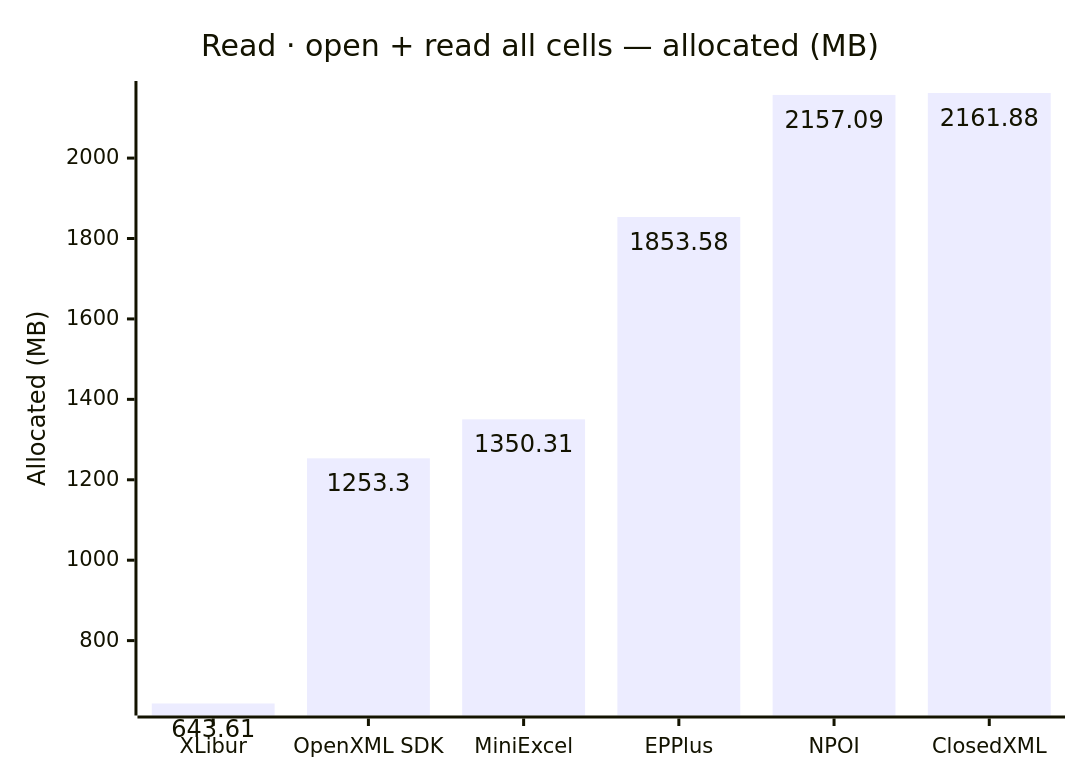
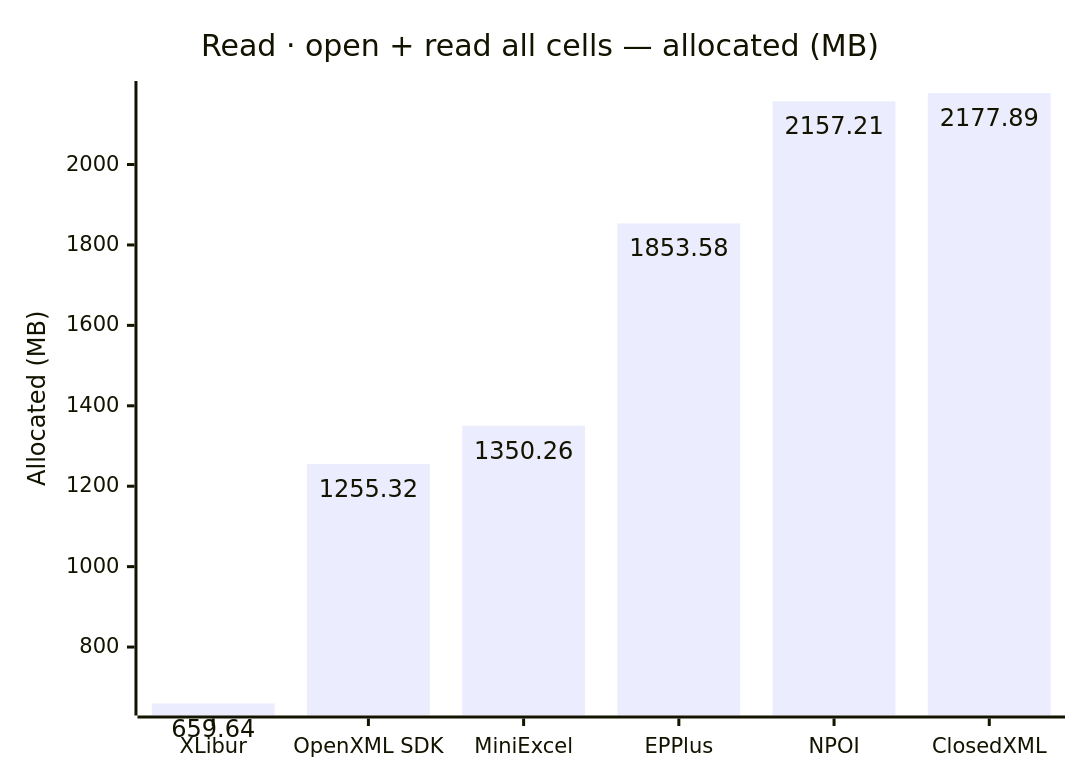
The fourth of 8 diagrams in docs/results.md (jafin/XLBench), drawn with Mermaid before and after one commit. The commit also changed other lines of this file and 1 other file, not shown here.

````diff
--- a/docs/results.md
+++ b/docs/results.md
@@ -73,12 +73,12 @@
 ```mermaid
 ---
 config:
   xyChart:
     showDataLabel: true
 ---
 xychart-beta
     title "Read · open + read all cells — allocated (MB)"
     x-axis ["XLibur", "OpenXML SDK", "MiniExcel", "EPPlus", "NPOI", "ClosedXML"]
     y-axis "Allocated (MB)"
-    bar [643.61, 1253.3, 1350.31, 1853.58, 2157.09, 2161.88]
+    bar [659.64, 1255.32, 1350.26, 1853.58, 2157.21, 2177.89]
 ```
````
